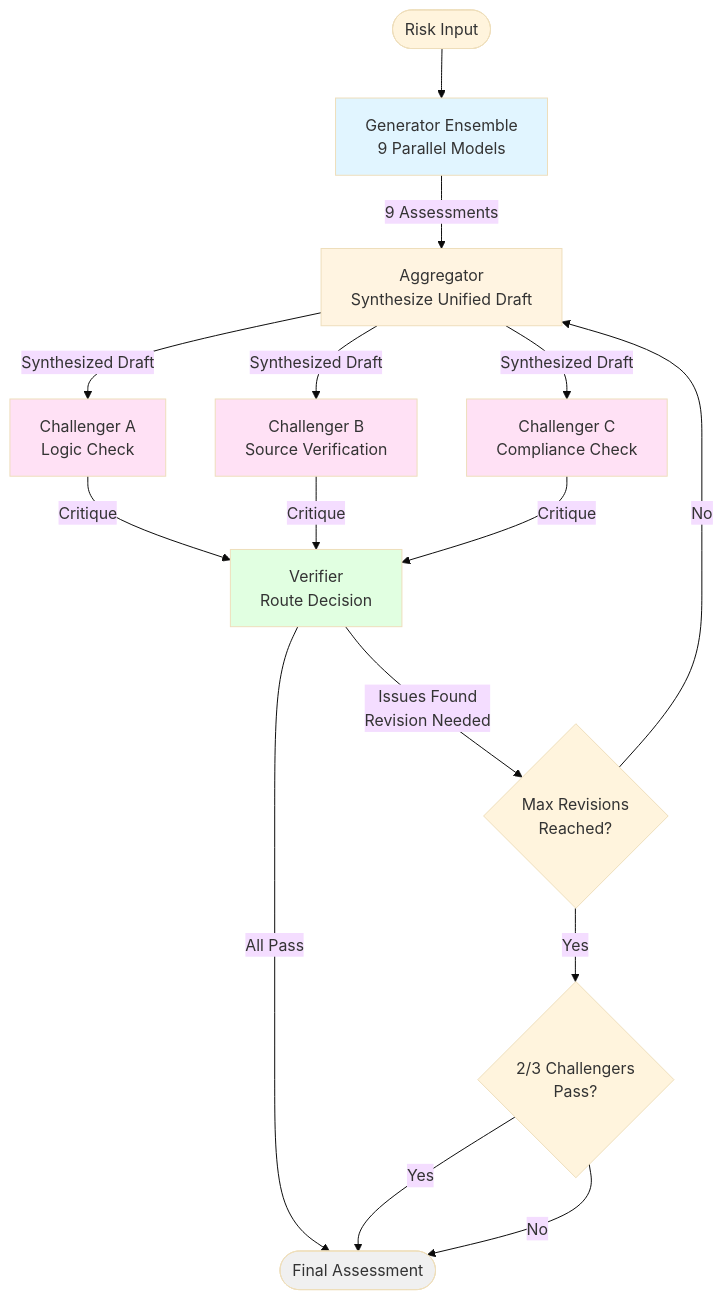
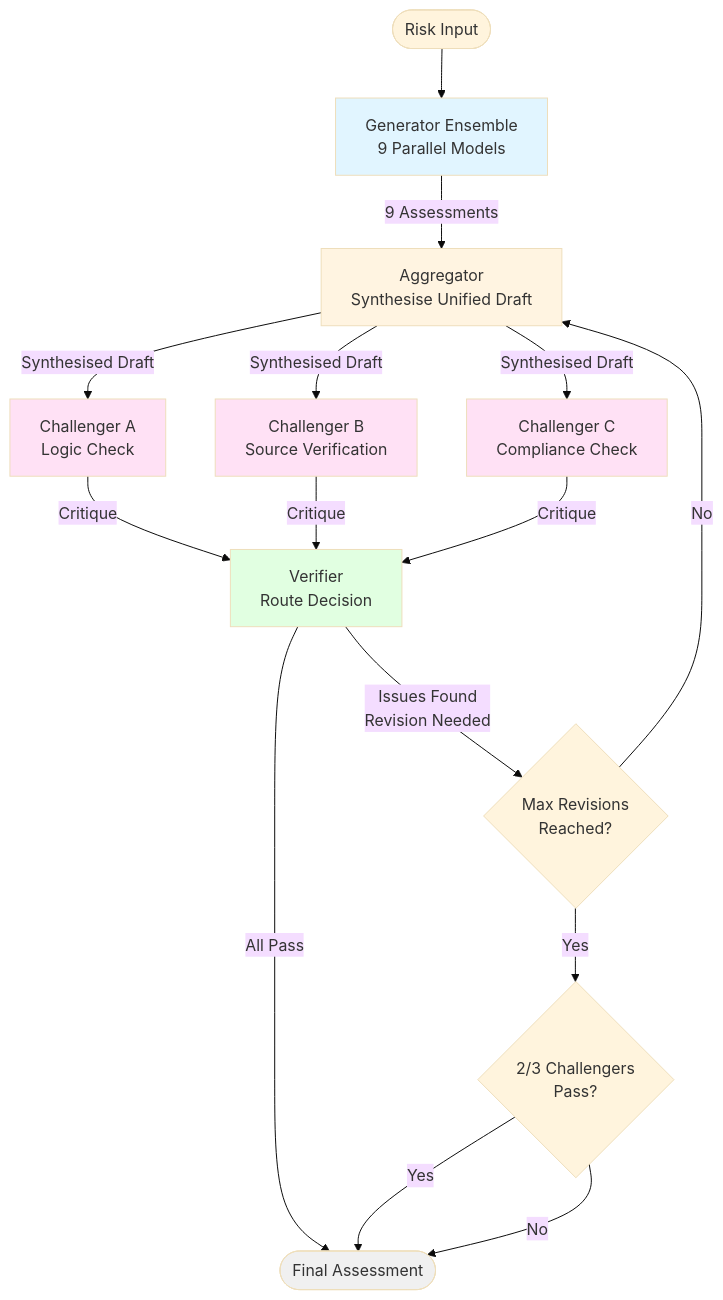
Before and after one commit to Brishian427/IOT-risk-assessment-mas: the first of 2 diagrams in README.md, drawn with Mermaid (base theme). The commit also changed other lines of this file, not shown here.

````diff
--- a/README.md
+++ b/README.md
@@ -24,31 +58,31 @@
 ```mermaid
 graph TD
     Start([Risk Input]) --> GenEnsemble[Generator Ensemble<br/>9 Parallel Models]
     
-    GenEnsemble --> |9 Assessments| Aggregator[Aggregator<br/>Synthesize Unified Draft]
+    GenEnsemble --> |9 Assessments| Aggregator[Aggregator<br/>Synthesise Unified Draft]
     
-    Aggregator --> |Synthesized Draft| ChallengerA[Challenger A<br/>Logic Check]
-    Aggregator --> |Synthesized Draft| ChallengerB[Challenger B<br/>Source Verification]
-    Aggregator --> |Synthesized Draft| ChallengerC[Challenger C<br/>Compliance Check]
+    Aggregator --> |Synthesised Draft| ChallengerA[Challenger A<br/>Logic Check]
+    Aggregator --> |Synthesised Draft| ChallengerB[Challenger B<br/>Source Verification]
+    Aggregator --> |Synthesised Draft| ChallengerC[Challenger C<br/>Compliance Check]
     
     ChallengerA --> |Critique| Verifier[Verifier<br/>Route Decision]
     ChallengerB --> |Critique| Verifier
     ChallengerC --> |Critique| Verifier
     
     Verifier --> |All Pass| End([Final Assessment])
     Verifier --> |Issues Found<br/>Revision Needed| RevisionCheck{Max Revisions<br/>Reached?}
     
     RevisionCheck --> |No| Aggregator
     RevisionCheck --> |Yes| GracefulCheck{2/3 Challengers<br/>Pass?}
     
     GracefulCheck --> |Yes| End
     GracefulCheck --> |No| End
     
     style GenEnsemble fill:#e1f5ff
     style Aggregator fill:#fff4e1
     style ChallengerA fill:#ffe1f5
     style ChallengerB fill:#ffe1f5
     style ChallengerC fill:#ffe1f5
     style Verifier fill:#e1ffe1
     style End fill:#f0f0f0
 ```
````
